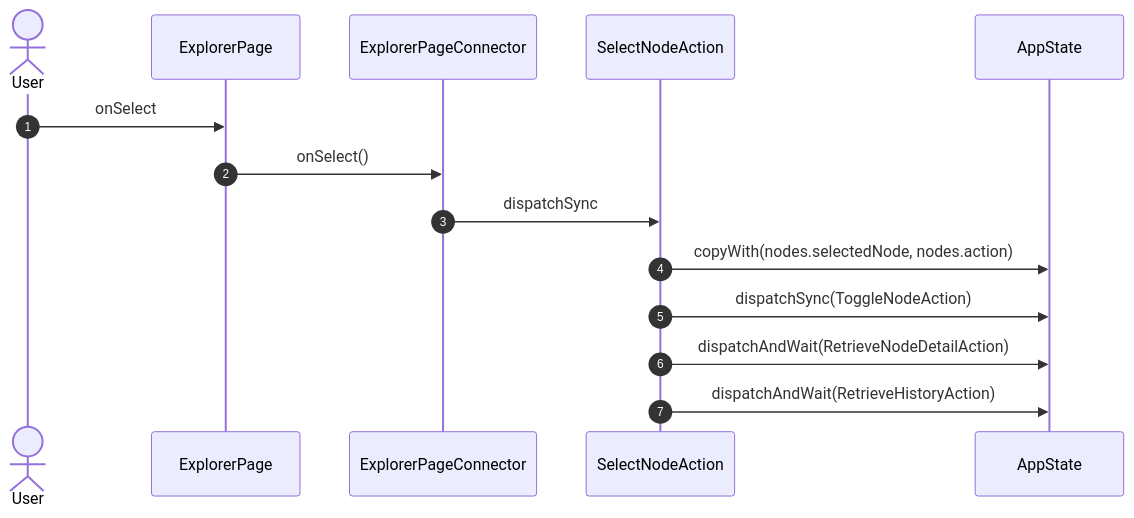
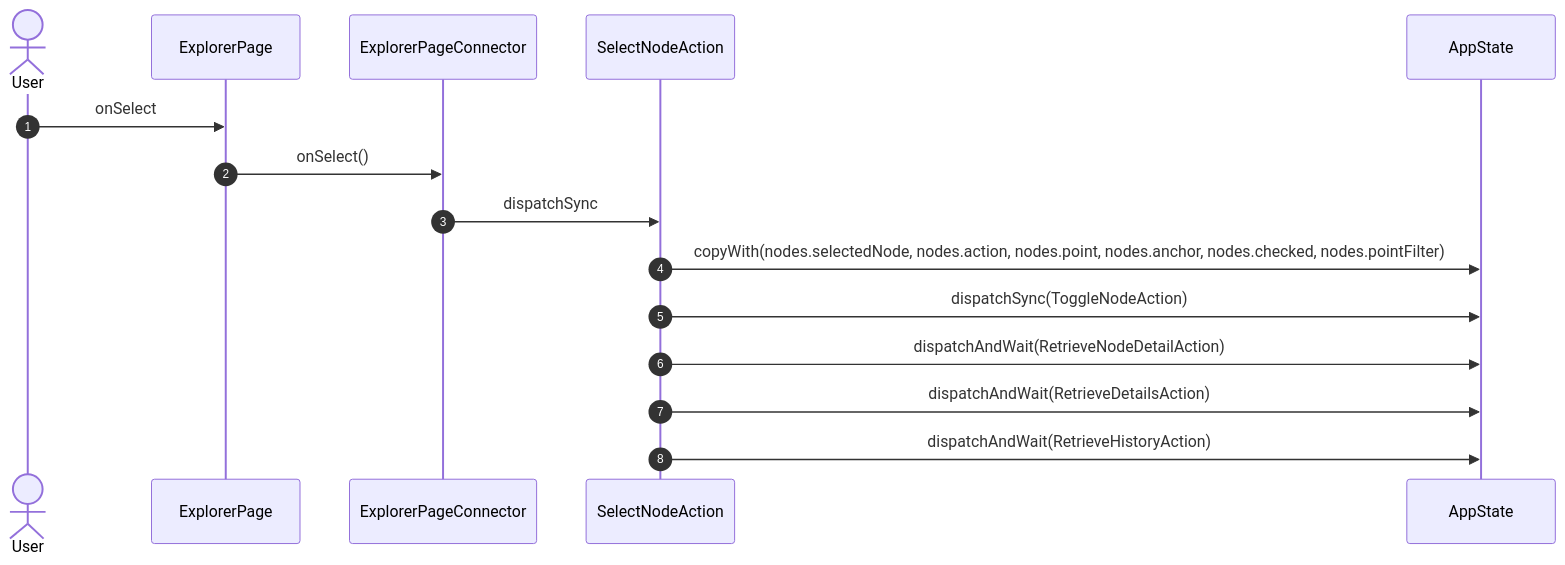
The fifth of 24 diagrams in studio/docs/flows/explorer.md (gencto/wyrm), drawn with Mermaid before and after one commit. The commit also changed other lines of this file and 67 other files, not shown here.

````diff
--- a/studio/docs/flows/explorer.md
+++ b/studio/docs/flows/explorer.md
@@ -57,17 +96,18 @@
 ```mermaid
 sequenceDiagram
     autonumber
     actor User
     participant UI as ExplorerPage
     participant VM as ExplorerPageConnector
     participant A1 as SelectNodeAction
     participant ST as AppState
 
     User->>UI: onSelect
     UI->>VM: onSelect()
     VM->>A1: dispatchSync
-    A1->>ST: copyWith(nodes.selectedNode, nodes.action)
+    A1->>ST: copyWith(nodes.selectedNode, nodes.action, nodes.point, nodes.anchor, nodes.checked, nodes.pointFilter)
     A1->>ST: dispatchSync(ToggleNodeAction)
     A1->>ST: dispatchAndWait(RetrieveNodeDetailAction)
+    A1->>ST: dispatchAndWait(RetrieveDetailsAction)
     A1->>ST: dispatchAndWait(RetrieveHistoryAction)
 ```
````
